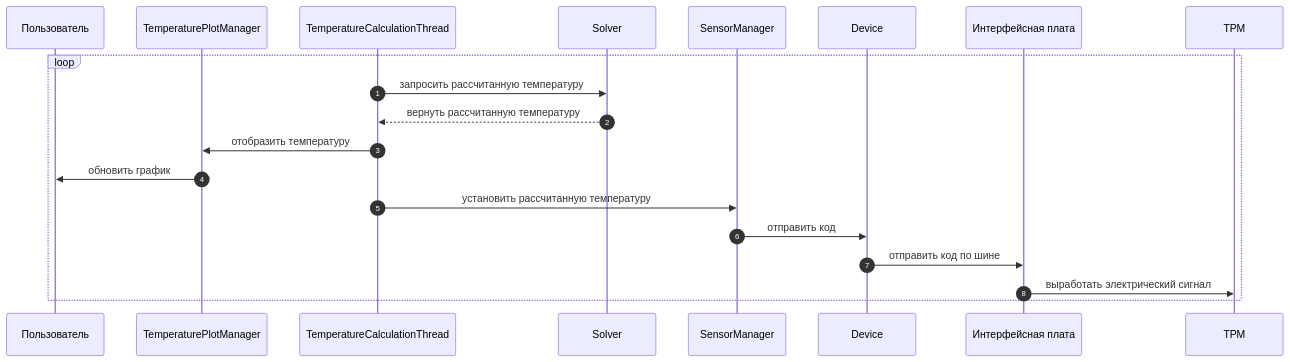
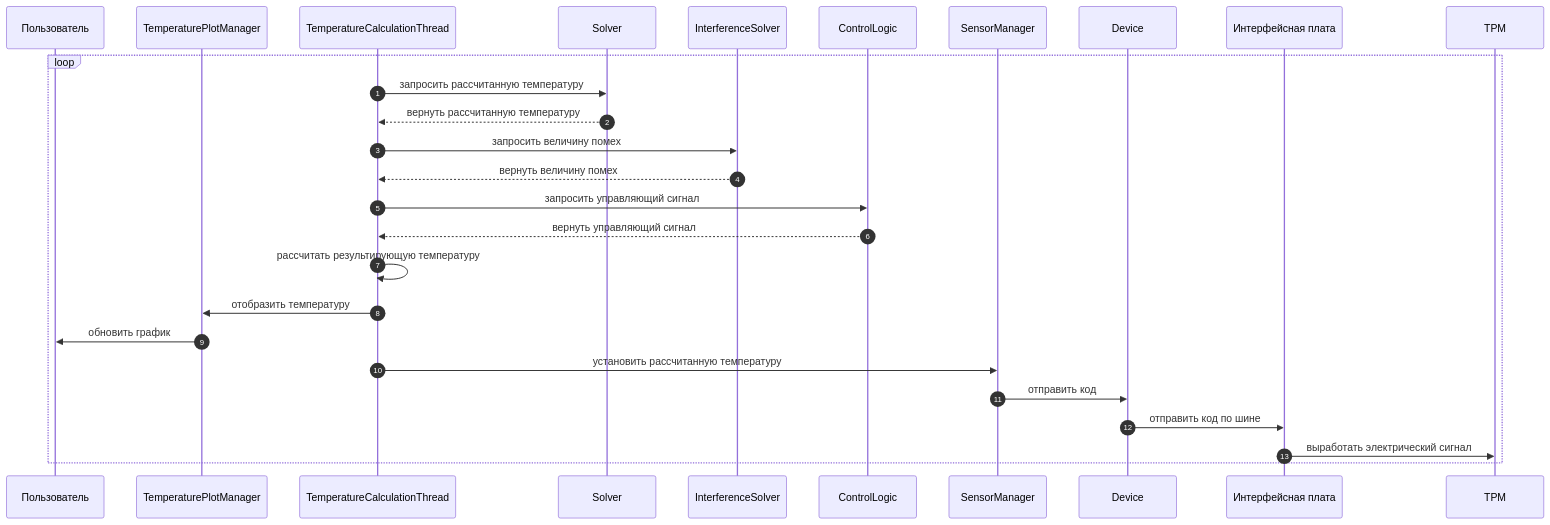
Before and after one commit to Marik28/dissertation: the third of 3 diagrams in data/diagrams/диаграммы последовательностей.md, drawn with Mermaid.

Commit message:
change diagrams

````diff
--- a/data/diagrams/диаграммы последовательностей.md
+++ b/data/diagrams/диаграммы последовательностей.md
@@ -64,23 +64,30 @@
 ```mermaid
 sequenceDiagram
     autonumber
     participant Пользователь
     participant TemperaturePlotManager
     participant TemperatureCalculationThread
     participant Solver
+    participant InterferenceSolver
+    participant ControlLogic
     participant SensorManager
     participant Device
     participant Интерфейсная плата
     participant ТРМ
 
     loop
         TemperatureCalculationThread ->> Solver : запросить рассчитанную температуру
-        Solver -->> TemperatureCalculationThread : вернуть рассчитанную температуру 
+        Solver -->> TemperatureCalculationThread : вернуть рассчитанную температуру
+        TemperatureCalculationThread ->> InterferenceSolver : запросить величину помех
+        InterferenceSolver -->> TemperatureCalculationThread : вернуть величину помех
+        TemperatureCalculationThread ->> ControlLogic : запросить управляющий сигнал
+        ControlLogic -->> TemperatureCalculationThread : вернуть управляющий сигнал
+        TemperatureCalculationThread ->> TemperatureCalculationThread : рассчитать результирующую температуру
         TemperatureCalculationThread ->> TemperaturePlotManager : отобразить температуру
         TemperaturePlotManager ->> Пользователь : обновить график
         TemperatureCalculationThread ->> SensorManager : установить рассчитанную температуру
         SensorManager ->> Device : отправить код
         Device ->> Интерфейсная плата : отправить код по шине
         Интерфейсная плата ->> ТРМ : выработать электрический сигнал
     end
 ```
````
